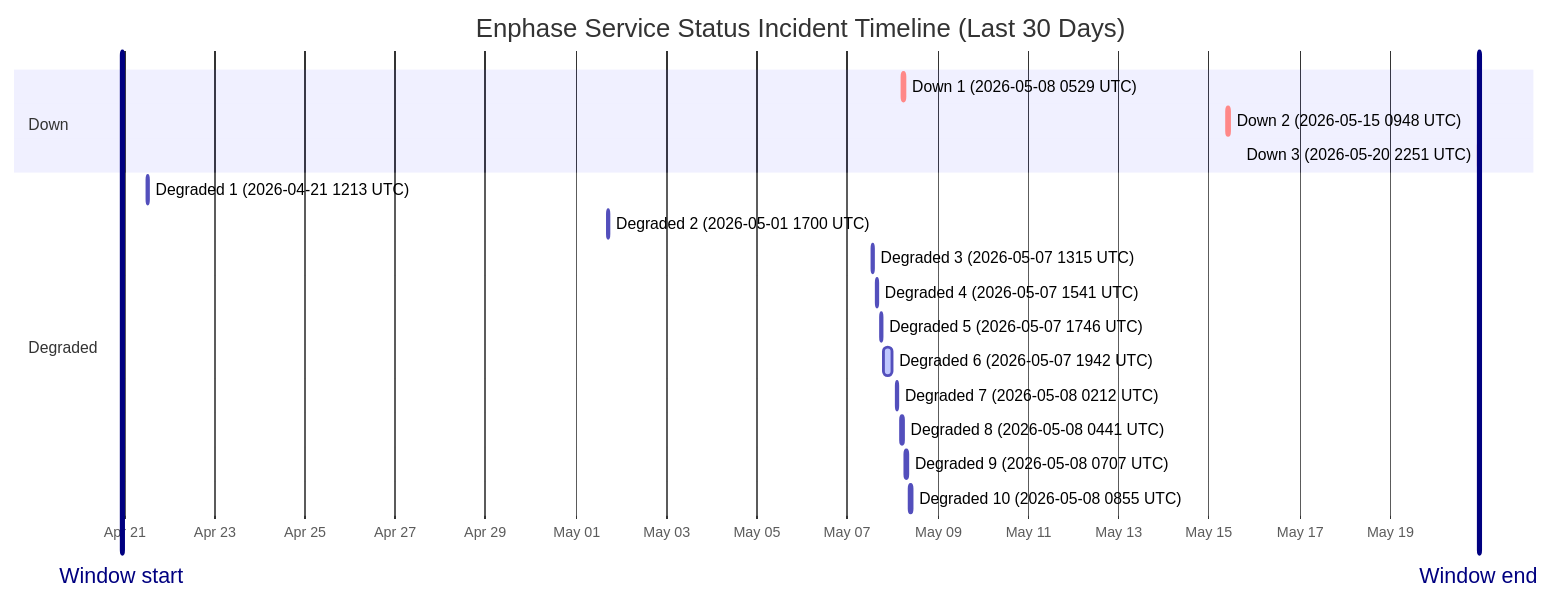
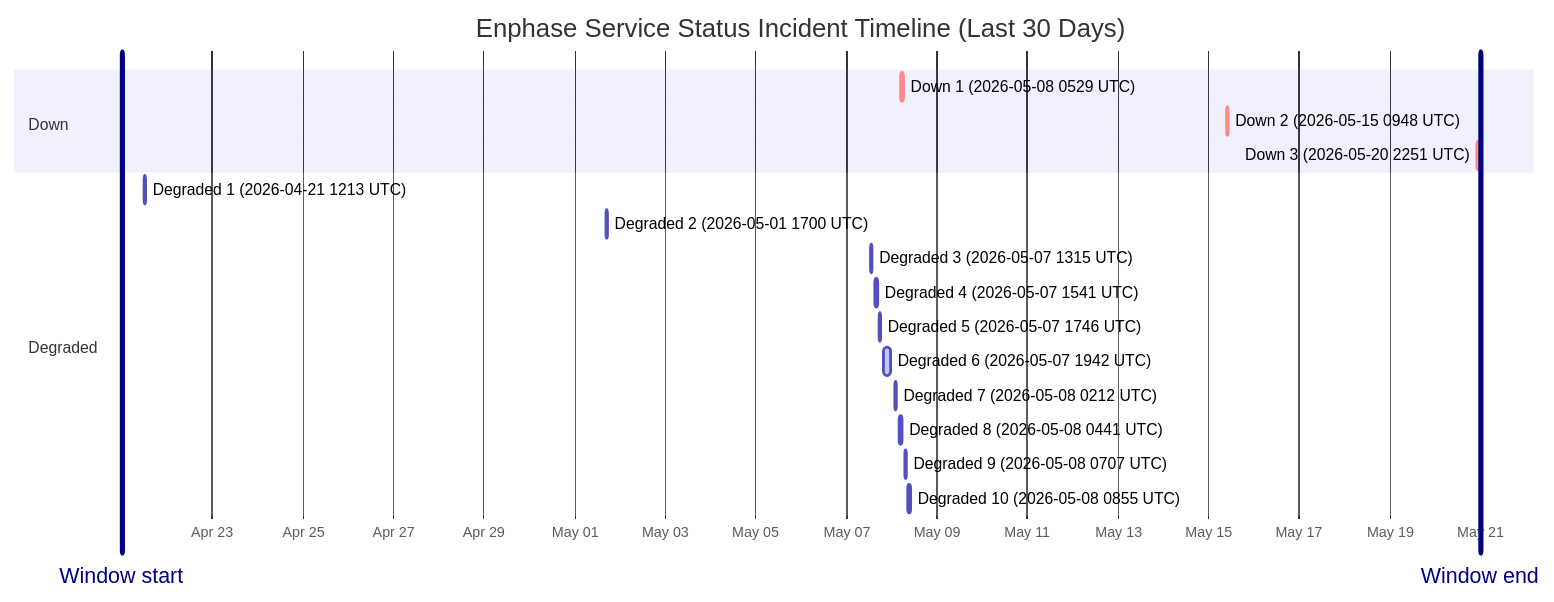
Before and after one commit to barneyonline/ha-enphase-ev-charger: the diagram in wiki/Service-Status-History.md, drawn with Mermaid. The commit also changed other lines of this file and 5 other files, not shown here.

````diff
--- a/wiki/Service-Status-History.md
+++ b/wiki/Service-Status-History.md
@@ -14,23 +14,23 @@
 ```mermaid
 gantt
     title Enphase Service Status Incident Timeline (Last 30 Days)
     dateFormat  YYYY-MM-DDTHH:mm:ss
     axisFormat  %b %d
-    Window start :vert, window-start, 2026-04-20T22:51:14, 0ms
-    Window end :vert, window-end, 2026-05-20T22:51:14, 0ms
+    Window start :vert, window-start, 2026-04-21T00:06:21, 0ms
+    Window end :vert, window-end, 2026-05-21T00:06:21, 0ms
     section Down
     Down 1 (2026-05-08 0529 UTC) :crit, down-1, 2026-05-08T05:29:47, 60m
     Down 2 (2026-05-15 0948 UTC) :crit, down-2, 2026-05-15T09:48:18, 60m
-    Down 3 (2026-05-20 2251 UTC) :crit, down-3, 2026-05-20T22:51:14, 60m
+    Down 3 (2026-05-20 2251 UTC) :crit, down-3, 2026-05-20T22:51:14, 75m
     section Degraded
     Degraded 1 (2026-04-21 1213 UTC) :active, degraded-1, 2026-04-21T12:13:11, 60m
     Degraded 2 (2026-05-01 1700 UTC) :active, degraded-2, 2026-05-01T17:00:22, 60m
     Degraded 3 (2026-05-07 1315 UTC) :active, degraded-3, 2026-05-07T13:15:25, 60m
     Degraded 4 (2026-05-07 1541 UTC) :active, degraded-4, 2026-05-07T15:41:58, 60m
     Degraded 5 (2026-05-07 1746 UTC) :active, degraded-5, 2026-05-07T17:46:51, 60m
     Degraded 6 (2026-05-07 1942 UTC) :active, degraded-6, 2026-05-07T19:42:10, 249m
     Degraded 7 (2026-05-08 0212 UTC) :active, degraded-7, 2026-05-08T02:12:39, 60m
     Degraded 8 (2026-05-08 0441 UTC) :active, degraded-8, 2026-05-08T04:41:46, 60m
     Degraded 9 (2026-05-08 0707 UTC) :active, degraded-9, 2026-05-08T07:07:30, 60m
     Degraded 10 (2026-05-08 0855 UTC) :active, degraded-10, 2026-05-08T08:55:20, 88m
 ```
````
